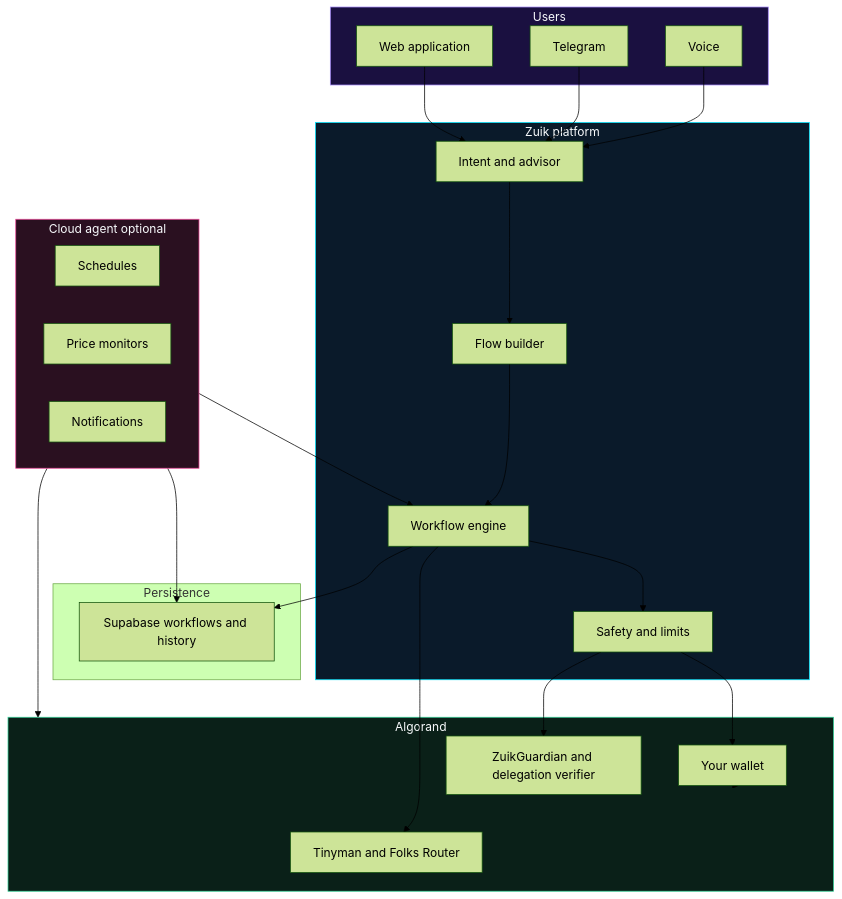
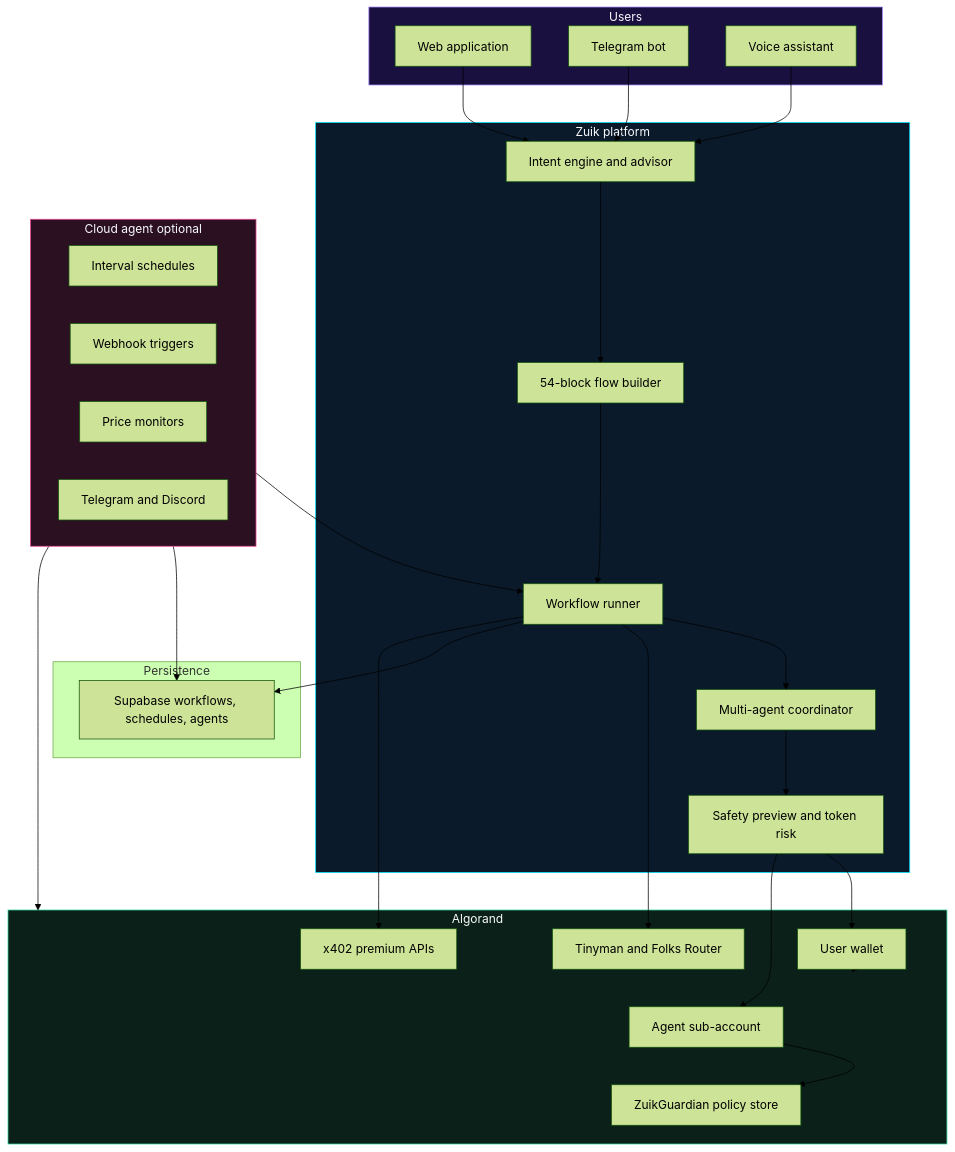
Before and after one commit to DarshanKrishna-DK/Zuik: the second of 4 diagrams in README.md, drawn with Mermaid (forest theme). The commit also changed other lines of this file and 73 other files, not shown here.

````diff
--- a/README.md
+++ b/README.md
@@ -160,51 +163,59 @@
 ```mermaid
 graph TB
     subgraph USERS["Users"]
         WEB["Web application"]
-        TG["Telegram"]
-        VOICE["Voice"]
+        TG["Telegram bot"]
+        VOICE["Voice assistant"]
     end
 
     subgraph PLATFORM["Zuik platform"]
-        INTENT["Intent and advisor"]
-        BUILDER["Flow builder"]
-        EXEC["Workflow engine"]
-        SAFE["Safety and limits"]
+        INTENT["Intent engine and advisor"]
+        BUILDER["54-block flow builder"]
+        EXEC["Workflow runner"]
+        MULTI["Multi-agent coordinator"]
+        SAFE["Safety preview and token risk"]
     end
 
     subgraph PERSIST["Persistence"]
-        DB["Supabase workflows and history"]
+        DB["Supabase workflows, schedules, agents"]
     end
 
     subgraph AGENT["Cloud agent optional"]
-        SCHED["Schedules"]
+        SCHED["Interval schedules"]
+        WH["Webhook triggers"]
         PRICE["Price monitors"]
-        NOTIFY["Notifications"]
+        NOTIFY["Telegram and Discord"]
     end
 
     subgraph ALGORAND["Algorand"]
-        WALLET["Your wallet"]
+        WALLET["User wallet"]
+        SUB["Agent sub-account"]
         SWAPS["Tinyman and Folks Router"]
-        GUARD["ZuikGuardian and delegation verifier"]
+        GUARD["ZuikGuardian policy store"]
+        X402["x402 premium APIs"]
     end
 
     WEB --> INTENT
     VOICE --> INTENT
     TG --> INTENT
     INTENT --> BUILDER
     BUILDER --> EXEC
-    EXEC --> SAFE
+    EXEC --> MULTI
+    MULTI --> SAFE
     SAFE --> WALLET
+    SAFE --> SUB
     EXEC --> SWAPS
-    SAFE --> GUARD
+    SUB --> GUARD
+    GUARD --> ALGORAND
     EXEC --> DB
     AGENT --> EXEC
     AGENT --> DB
     AGENT --> ALGORAND
     WALLET --> ALGORAND
+    EXEC --> X402
 
     style USERS fill:#1a1040,stroke:#a78bfa,color:#f8fafc
     style PLATFORM fill:#0a1a2a,stroke:#00e5ff,color:#f8fafc
     style AGENT fill:#2a1020,stroke:#ec4899,color:#f8fafc
     style ALGORAND fill:#0a2018,stroke:#34d399,color:#f8fafc
 ```
````
